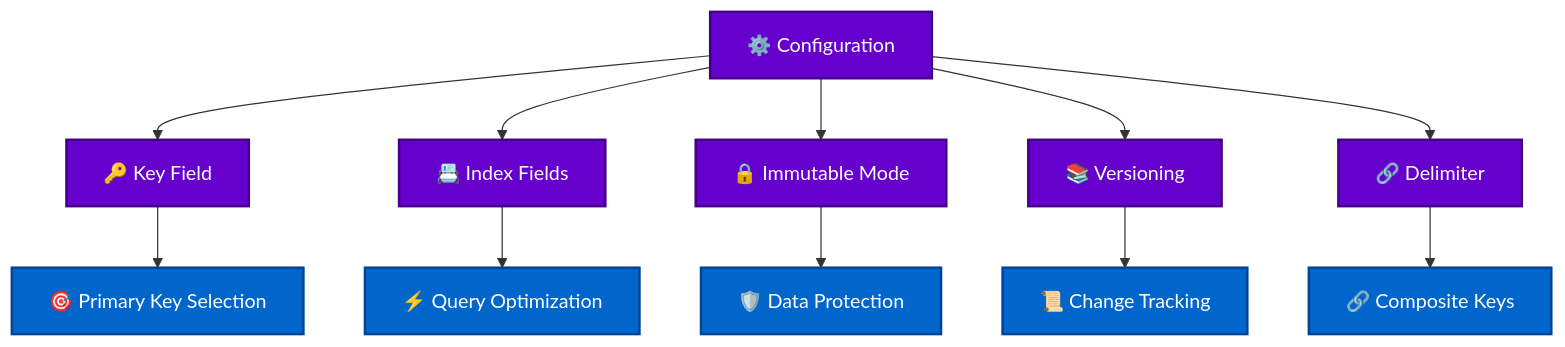
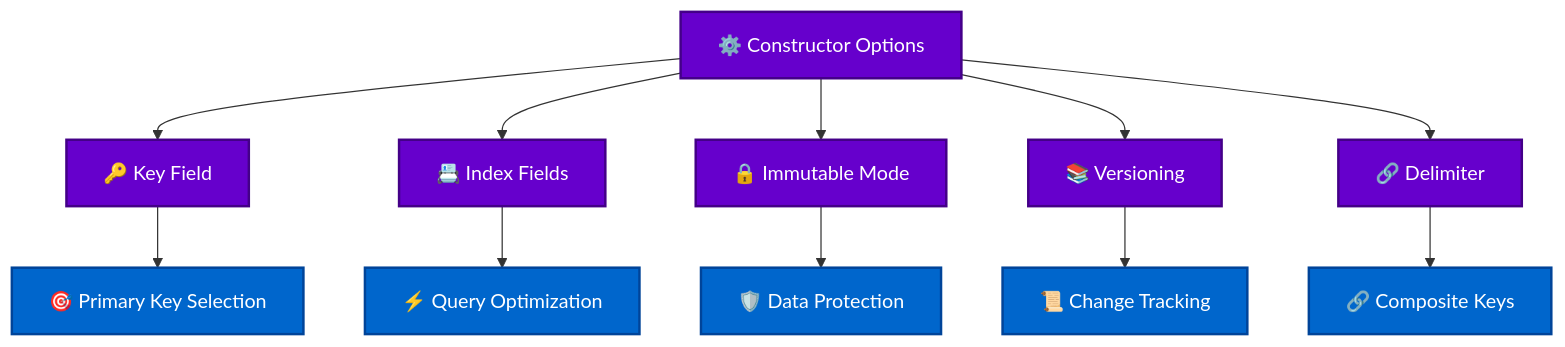
The seventh of 9 diagrams in docs/TECHNICAL_DOCUMENTATION.md (avoidwork/haro), drawn with Mermaid before and after one commit. The commit also changed other lines of this file, not shown here.

````diff
--- a/docs/TECHNICAL_DOCUMENTATION.md
+++ b/docs/TECHNICAL_DOCUMENTATION.md
@@ -374,20 +366,20 @@
 ```mermaid
 graph TD
-    A["⚙️ Configuration"] --> B["🔑 Key Field"]
+    A["⚙️ Constructor Options"] --> B["🔑 Key Field"]
     A --> C["📇 Index Fields"]
     A --> D["🔒 Immutable Mode"]
     A --> E["📚 Versioning"]
     A --> F["🔗 Delimiter"]
     
     B --> G["🎯 Primary Key Selection"]
     C --> H["⚡ Query Optimization"]
     D --> I["🛡️ Data Protection"]
     E --> J["📜 Change Tracking"]
     F --> K["🔗 Composite Keys"]
     
     classDef config fill:#6600CC,stroke:#440088,stroke-width:2px,color:#fff
     classDef feature fill:#0066CC,stroke:#004499,stroke-width:2px,color:#fff
     
     class A,B,C,D,E,F config
     class G,H,I,J,K feature
 ```
````
